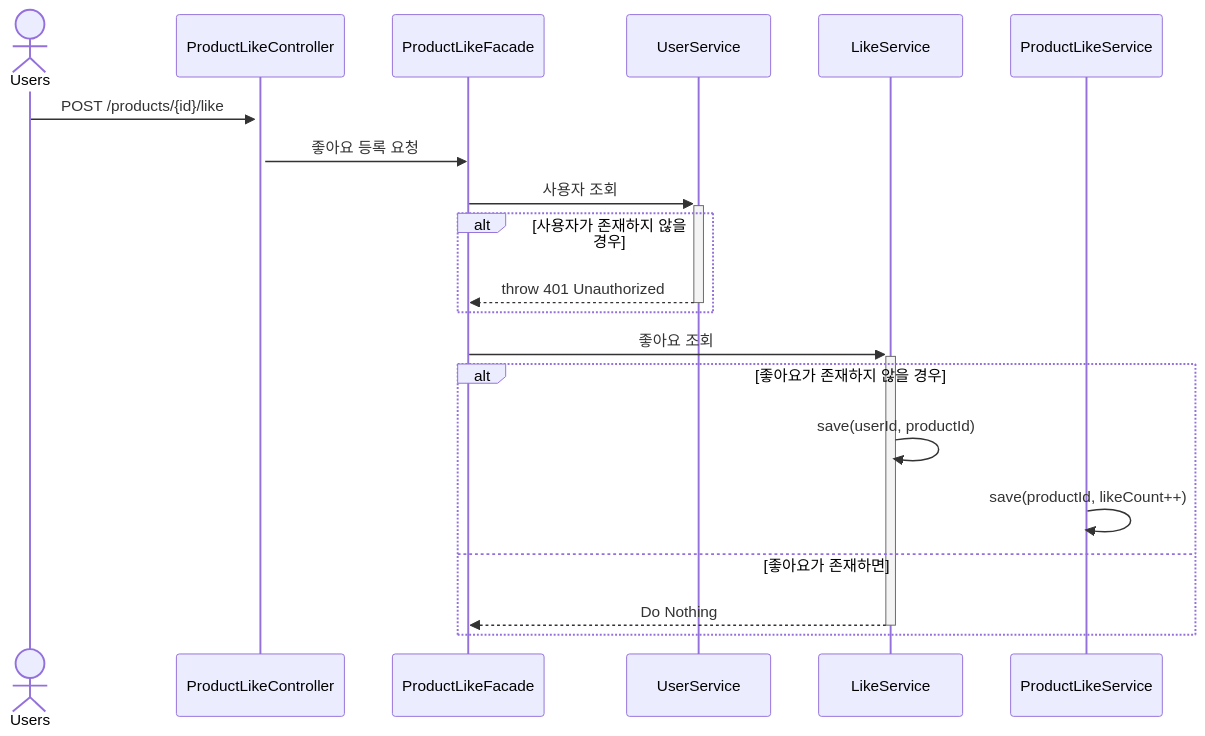
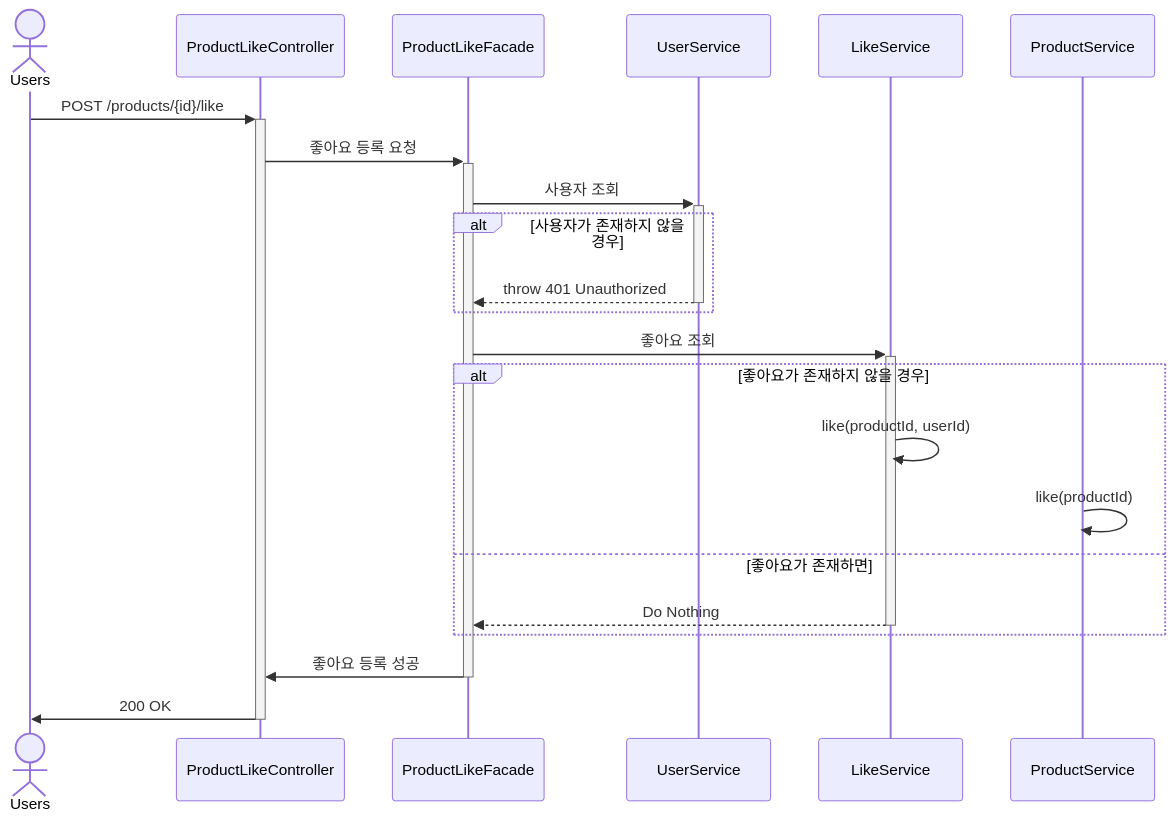
The first of 4 diagrams in docs/design/02-sequence-diagrams.md (o3ozzvb/kotlin-ecommerce), drawn with Mermaid before and after one commit. The commit also changed other lines of this file, not shown here.

Commit message:
docs: 시퀀스 다이어그램 수정

````diff
--- a/docs/design/02-sequence-diagrams.md
+++ b/docs/design/02-sequence-diagrams.md
@@ -3,24 +3,26 @@
 ```mermaid
 sequenceDiagram
     actor Users
     participant PLC as ProductLikeController
     participant PLF as ProductLikeFacade
     participant US as UserService
     participant LS as LikeService
-	participant PLS as ProductLikeService
+	participant PS as ProductService
 
     Users->>+PLC: POST /products/{id}/like
-	PLC->>PLF: 좋아요 등록 요청
+	PLC->>+PLF: 좋아요 등록 요청
 	PLF->>+US: 사용자 조회
 	alt 사용자가 존재하지 않을 경우
 	US-->>-PLF: throw 401 Unauthorized
 	end
 	
 	PLF->>+LS: 좋아요 조회  
 	alt 좋아요가 존재하지 않을 경우
-	LS->>LS: save(userId, productId)
-	PLS->>PLS: save(productId, likeCount++)
+	LS->>LS: like(productId, userId)
+	PS->>PS: like(productId)
 	else 좋아요가 존재하면
 	LS-->>-PLF: Do Nothing
 	end
+    PLF->>-PLC: 좋아요 등록 성공
+    PLC->>-Users: 200 OK
 ```
````
